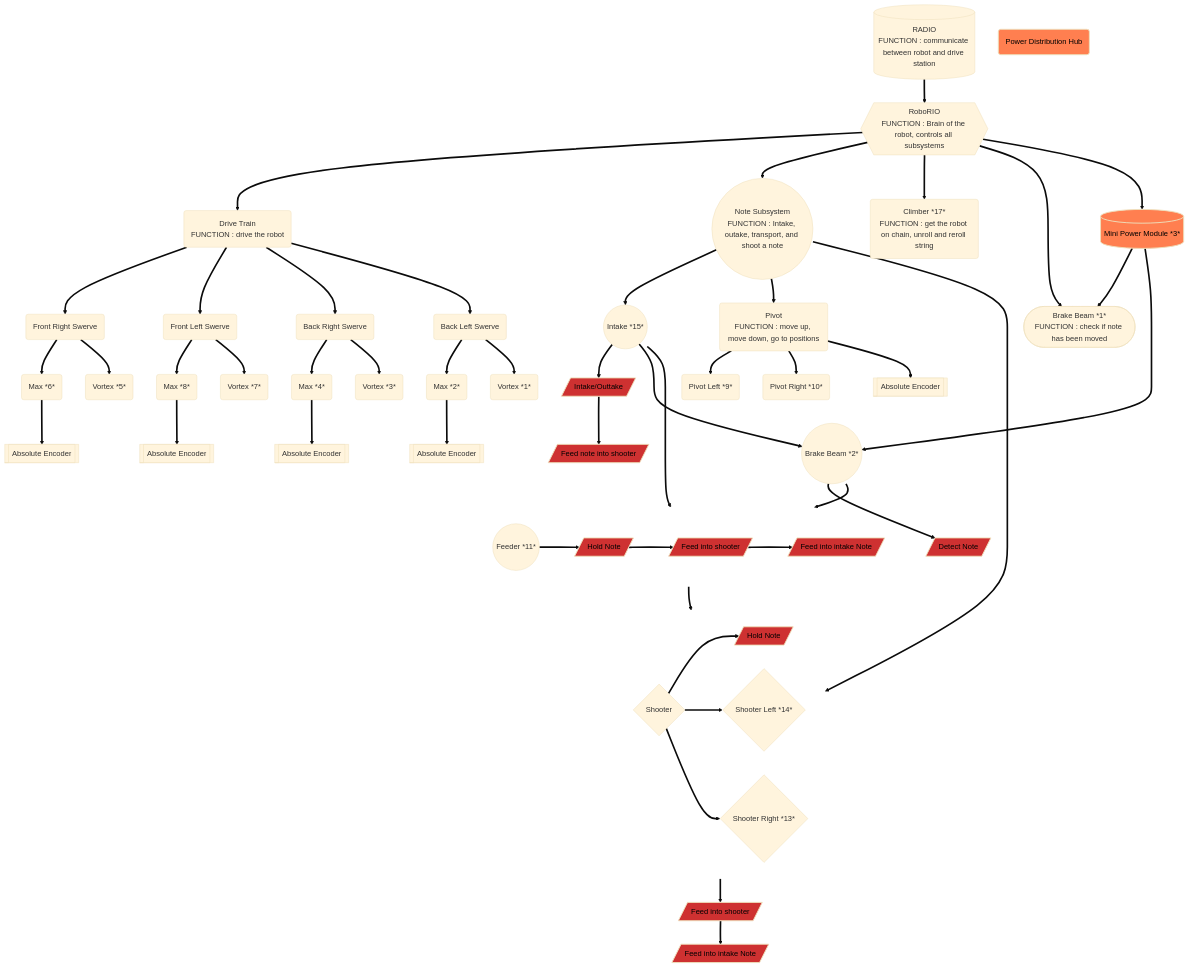
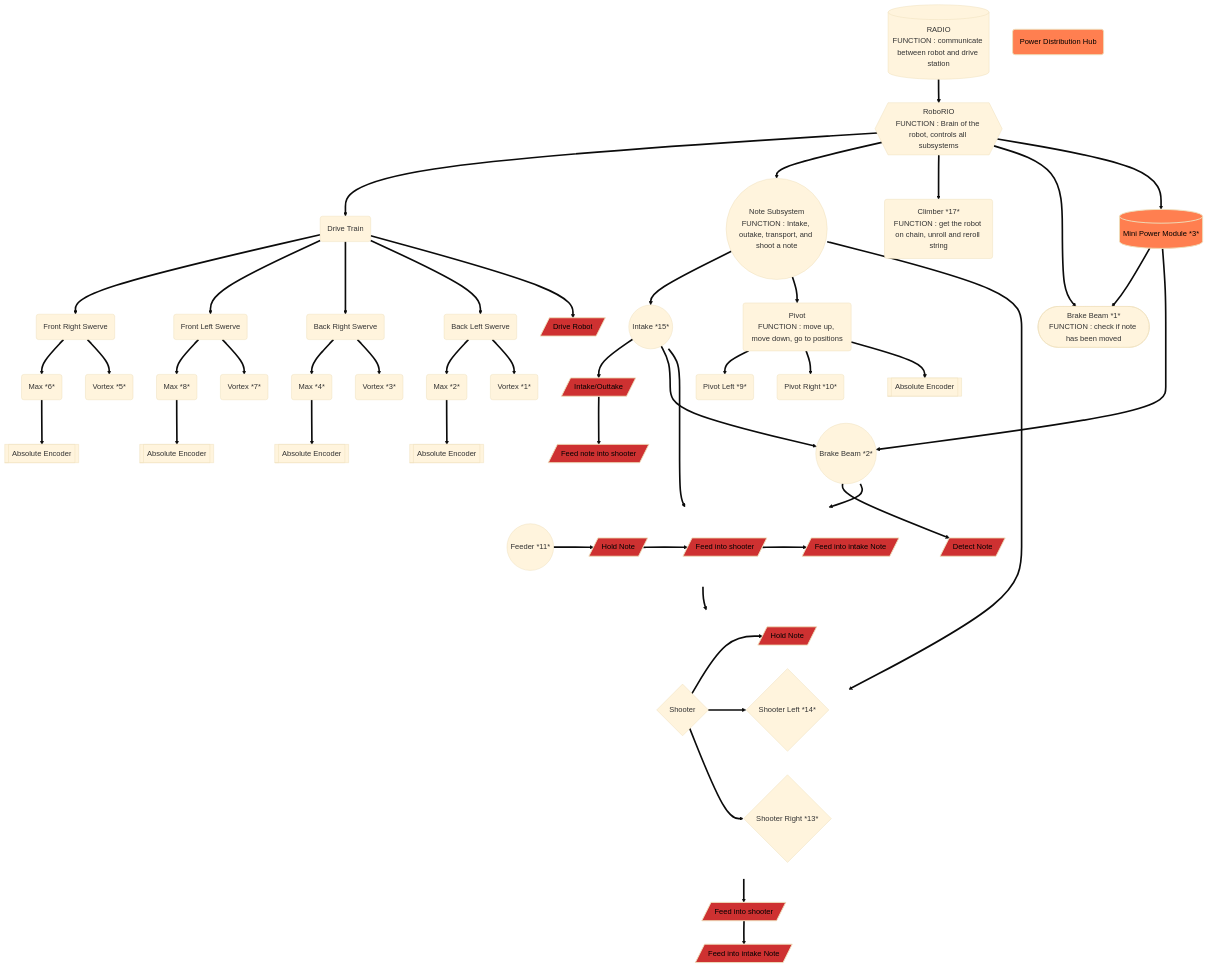
One commit to richardson-area-wide-robotics/Frc24-Crescendo-1745-OffSeason-AdvantageKit changed the diagram in tony_graphs.md. Above: the diagram before and after it, drawn with Mermaid (base theme).

Commit message:
Drive robot

````diff
--- a/tony_graphs.md
+++ b/tony_graphs.md
@@ -1,82 +1,81 @@
 ```mermaid
 
 graph TD;
     subgraph invisibleShooterGroup
         direction LR
         ShooterSystem{Shooter};
         ShooterSystem==>FUNCSHOOTER;
         ShooterSystem==>ShooterLeft{Shooter Left *14*};
         ShooterSystem==>ShooterRight{Shooter Right *13*};
     end
 
 subgraph invisibleFeederGroup
         direction LR
         FeederSystem ==>FUNCFEEDER;
         FUNCFEEDER[/Hold Note/] ==>FUNCFEEDER2;
         FUNCFEEDER2[/Feed into shooter/] ==> FUNCFEEDER3;
         FUNCFEEDER3[/Feed into intake Note/];
     end
 
     RoboRIO{{RoboRIO
 FUNCTION : Brain of the robot, controls all subsystems}}==>DriveTrain;
-    DriveTrain(Drive Train
-FUNCTION : drive the robot );
+    DriveTrain(Drive Train);
     RoboRIO==>NoteSubsystem((Note Subsystem
 FUNCTION : Intake, outake, transport, and shoot a note));
     NoteSubsystem==>IntakeSystem((Intake *15*));
     NoteSubsystem==>ShooterSystem;
     RoboRIO==>ClimberSystem(Climber *17*
 FUNCTION : get the robot on chain, unroll and reroll string);
     IntakeSystem==>FeederSystem((Feeder *11*))==>ShooterSystem;
     IntakeSystem==>FUNCINTAKE1;
     NoteSubsystem==>PivotSystem(Pivot
 FUNCTION : move up, move down, go to positions);
     PivotSystem==>PivotLeft(Pivot Left *9*);
     PivotSystem==>PivotRight(Pivot Right *10*);
     DriveTrain==>FrontRightSwerve(Front Right Swerve);
     DriveTrain==>FrontLeftSwerve(Front Left Swerve);
     DriveTrain==>BackRightSwerve(Back Right Swerve);
     DriveTrain==>BackLeftSwerve(Back Left Swerve);
     FrontRightSwerve==>MaxFR(Max *6*);
     FrontLeftSwerve==>MaxFL(Max *8*);
     BackRightSwerve==>MaxBR(Max *4*);
     BackLeftSwerve==>MaxBL(Max *2*);
     FrontRightSwerve==>VortexFR(Vortex *5*);
     FrontLeftSwerve==>VortexFL(Vortex *7*);
     BackRightSwerve==>VortexBR(Vortex *3*);
     BackLeftSwerve==>VortexBL(Vortex *1*);
     MaxFR==>EncoderFR[[Absolute Encoder]];
     MaxFL==>EncoderFL[[Absolute Encoder]];
     MaxBR==>EncoderBR[[Absolute Encoder]];
     MaxBL==>EncoderBL[[Absolute Encoder]];
     PivotSystem==>PivotEncoder[[Absolute Encoder]];
     IntakeSystem===>BrakeBeamNote((Brake Beam *2*))==>FeederSystem;
     BrakeBeamNote==>FUNCBREAKBEAM;
     RoboRIO==>ShooterBrakeBeam([Brake Beam *1*
 FUNCTION : check if note has been moved]);
     RoboRIO==>MiniPowerModule[(Mini Power Module *3*)]==>ShooterBrakeBeam;
     MiniPowerModule[(Mini Power Module *3*)]==>BrakeBeamNote;
     RADIO[(RADIO
 FUNCTION : communicate between robot and drive station)]==>RoboRIO;
     FUNCINTAKE1[/Intake/Outtake/]==>FUNCINTAKE2;
     FUNCINTAKE2[/Feed note into shooter/];
     FUNCBREAKBEAM[/Detect Note/];
     FUNCSHOOTER[/Hold Note/] ==>FUNCSHOOTER2;
     FUNCSHOOTER2[/Feed into shooter/] ==> FUNCSHOOTER3;
     FUNCSHOOTER3[/Feed into intake Note/];
-
+    DriveTrain==>FUNCDRIVE[/Drive Robot/];
     PDH(Power Distribution Hub);
 
     classDef fuctionStyle fill:#ce3131,stroke-width:2px,color:#000;
-    class FUNCINTAKE1,FUNCINTAKE2,FUNCINTAKE3,FUNCBREAKBEAM,FUNCFEEDER,FUNCFEEDER2,FUNCFEEDER3,FUNCSHOOTER,FUNCSHOOTER2,FUNCSHOOTER3 fuctionStyle;
+    class FUNCINTAKE1,FUNCINTAKE2,FUNCINTAKE3,FUNCBREAKBEAM,FUNCFEEDER,FUNCFEEDER2,FUNCFEEDER3,FUNCSHOOTER,FUNCSHOOTER2,FUNCSHOOTER3,FUNCDRIVE, fuctionStyle;
 
     classDef invisible fill:none,stroke:none,color:transparent;
     class invisibleShooterGroup,invisibleFeederGroup invisible;
 
     classDef powerStyle fill:#ff7f50,stroke-width:2px,color:#000;
     class PDH,MiniPowerModule powerStyle;
 
     linkStyle default interpolate basis;
 
 
 ```
````
